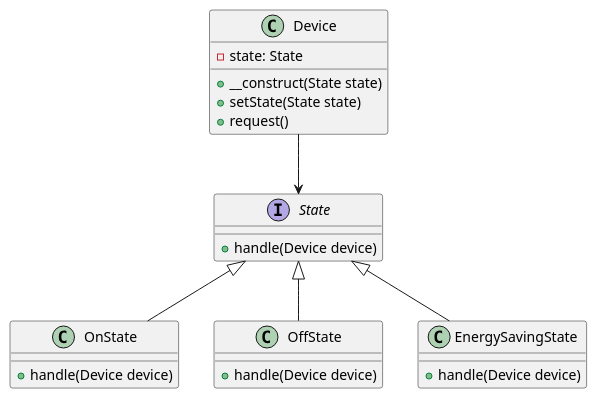
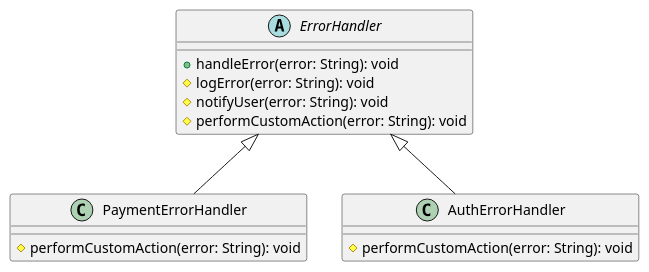
Before and after one commit to andrewovchinnikov/design-patterns: the diagram in klassifikaciya-patternov/povedencheskie-patterny-behavioral-patterns/shablonnyi-metod-template-method/primery/obrabotka-oshibok-i-isklyuchenii/php.md, drawn with PlantUML. The commit also changed other lines of this file and 6 other files, not shown here.

````diff
--- a/klassifikaciya-patternov/povedencheskie-patterny-behavioral-patterns/shablonnyi-metod-template-method/primery/obrabotka-oshibok-i-isklyuchenii/php.md
+++ b/klassifikaciya-patternov/povedencheskie-patterny-behavioral-patterns/shablonnyi-metod-template-method/primery/obrabotka-oshibok-i-isklyuchenii/php.md
@@ -102,31 +90,21 @@
 ```plantuml
 @startuml
-interface State {
-    +handle(Device device)
+abstract class ErrorHandler {
+    +handleError(error: String): void
+    #logError(error: String): void
+    #notifyUser(error: String): void
+    #performCustomAction(error: String): void
 }
 
-class OnState {
-    +handle(Device device)
+class PaymentErrorHandler {
+    #performCustomAction(error: String): void
 }
 
-class OffState {
-    +handle(Device device)
+class AuthErrorHandler {
+    #performCustomAction(error: String): void
 }
 
-class EnergySavingState {
-    +handle(Device device)
-}
-
-class Device {
-    -state: State
-    +__construct(State state)
-    +setState(State state)
-    +request()
-}
-
-State <|-- OnState
-State <|-- OffState
-State <|-- EnergySavingState
-Device --> State
+ErrorHandler <|-- PaymentErrorHandler
+ErrorHandler <|-- AuthErrorHandler
 @enduml
 ```
````
